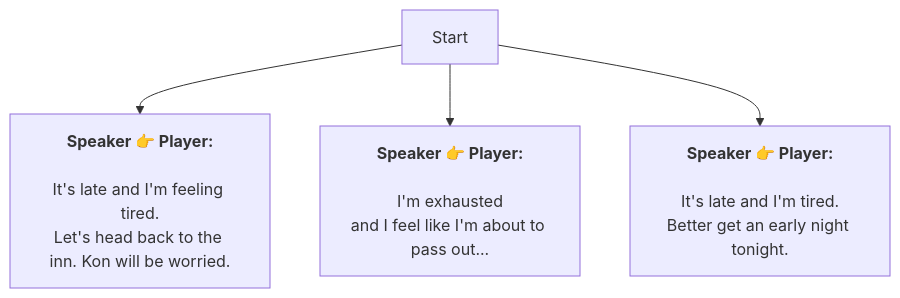
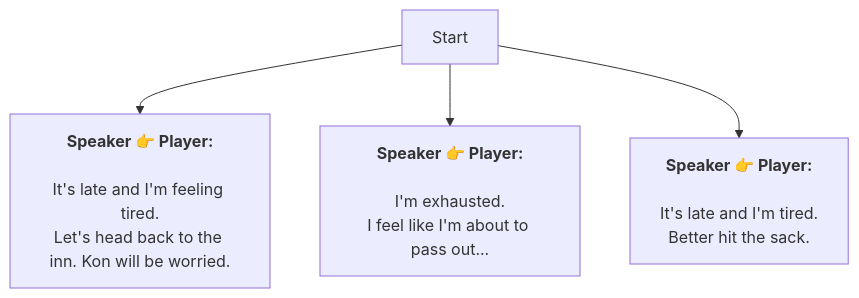
Before and after one commit to SoftHu/tos_avg: the diagram in En/PlayerBackground.md, drawn with Mermaid. The commit also changed 297 other files, not shown here.

````diff
--- a/En/PlayerBackground.md
+++ b/En/PlayerBackground.md
@@ -1,16 +1,16 @@
 ```mermaid
 graph
 Start -->1732261134497922[<b>Speaker 👉 Player:</b>
 
 It's late and I'm feeling tired.
 Let's head back to the inn. Kon will be worried.]
 Start -->1732283576011879[<b>Speaker 👉 Player:</b>
 
-I'm exhausted
-and I feel like I'm about to pass out...]
+I'm exhausted.
+I feel like I'm about to pass out...]
 Start -->1740923208445142[<b>Speaker 👉 Player:</b>
 
 It's late and I'm tired.
-Better get an early night tonight.]
+Better hit the sack.]
 
  ```
````
